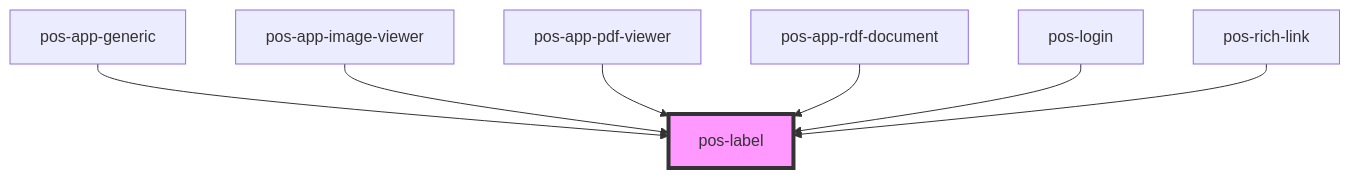
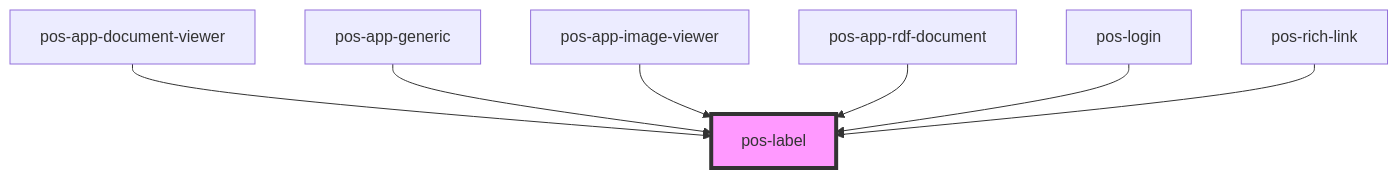
One commit to pod-os/PodOS changed the diagram in docs/elements/components/pos-label/readme.md. Above: the diagram before and after it, drawn with Mermaid. The commit also changed other lines of this file and 10 other files, not shown here.

````diff
--- a/docs/elements/components/pos-label/readme.md
+++ b/docs/elements/components/pos-label/readme.md
@@ -27,10 +27,10 @@
 ```mermaid
 graph TD;
+  pos-app-document-viewer --> pos-label
   pos-app-generic --> pos-label
   pos-app-image-viewer --> pos-label
-  pos-app-pdf-viewer --> pos-label
   pos-app-rdf-document --> pos-label
   pos-login --> pos-label
   pos-rich-link --> pos-label
   style pos-label fill:#f9f,stroke:#333,stroke-width:4px
 ```
````
